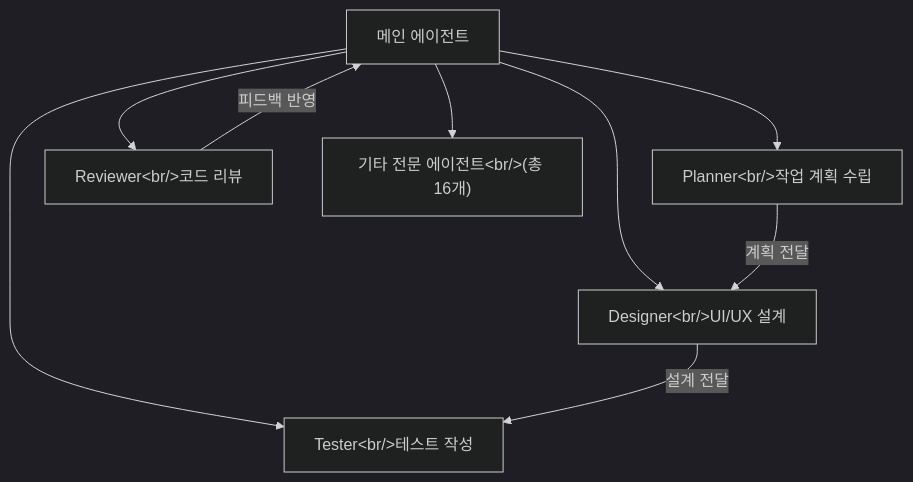
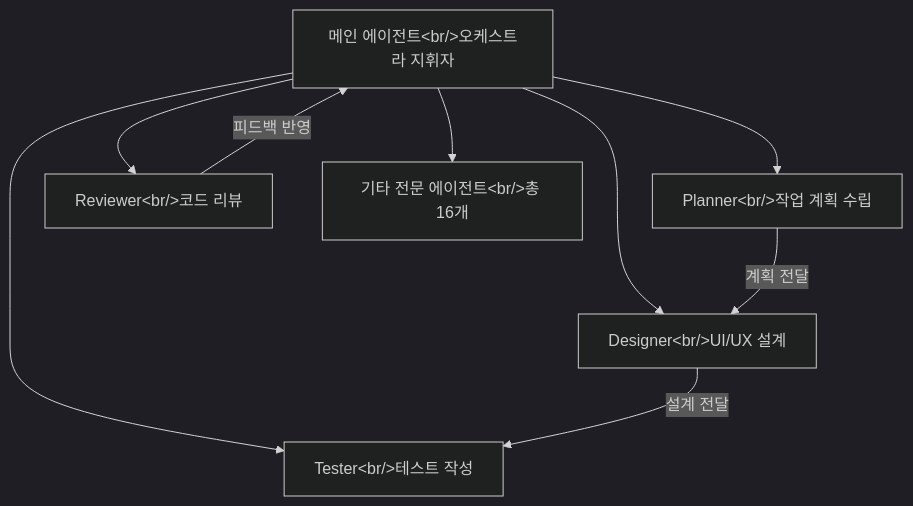
The fourth of 4 diagrams in content/posts/2026-03-19-claude-code-practical-guide.md (ice-ice-bear/ice-ice-bear.github.io), drawn with Mermaid (dark theme) before and after one commit. The commit also changed other lines of this file, not shown here.

````diff
--- a/content/posts/2026-03-19-claude-code-practical-guide.md
+++ b/content/posts/2026-03-19-claude-code-practical-guide.md
@@ -138,11 +256,11 @@
 ```mermaid
 flowchart TD
-    M["메인 에이전트"] --> P["Planner&lt;br/&gt;작업 계획 수립"]
+    M["메인 에이전트&lt;br/&gt;오케스트라 지휘자"] --> P["Planner&lt;br/&gt;작업 계획 수립"]
     M --> D["Designer&lt;br/&gt;UI/UX 설계"]
     M --> R["Reviewer&lt;br/&gt;코드 리뷰"]
     M --> T["Tester&lt;br/&gt;테스트 작성"]
-    M --> O["기타 전문 에이전트&lt;br/&gt;(총 16개)"]
+    M --> O["기타 전문 에이전트&lt;br/&gt;총 16개"]
     P --> |"계획 전달"| D
     D --> |"설계 전달"| T
     R --> |"피드백 반영"| M
 ```
````
